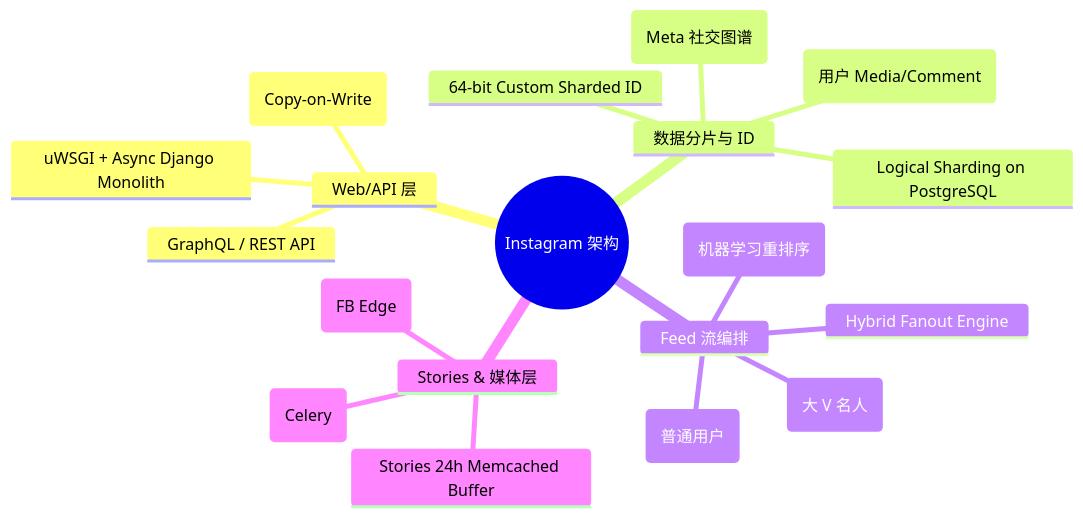
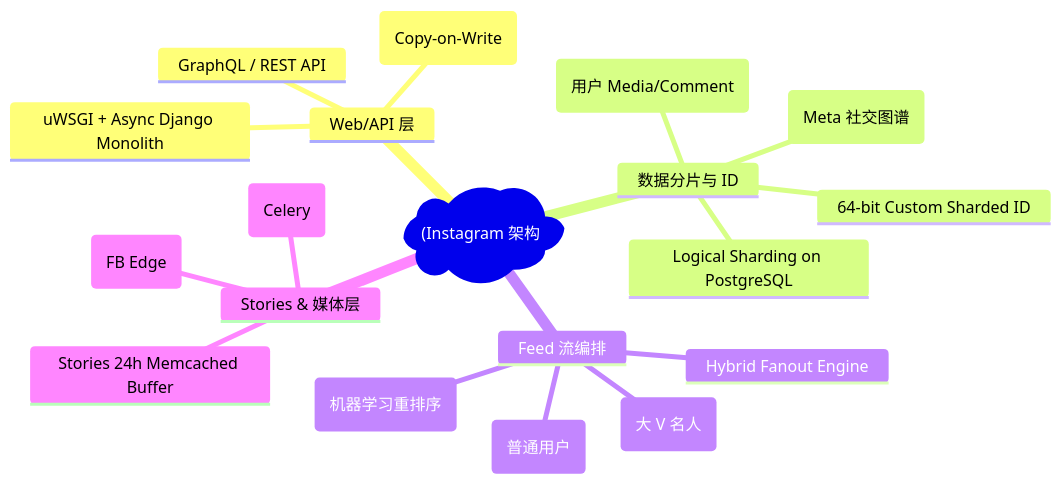
The first of 5 diagrams in docs/atlas/instagram.mdx (koosai/AI-Architect-Learning), drawn with Mermaid before and after one commit. The commit also changed other lines of this file and 187 other files, not shown here.

Commit message:
fix(mermaid): fix all unquoted parens and edge label syntax errors across all docs

````diff
--- a/docs/atlas/instagram.mdx
+++ b/docs/atlas/instagram.mdx
@@ -59,22 +59,22 @@
 ```mermaid
 mindmap
-  root((Instagram 架构))
+  root("(Instagram 架构"))
     Web/API 层
       uWSGI + Async Django Monolith
       Py3 CPython 内存优化 (Copy-on-Write)
       GraphQL / REST API
     数据分片与 ID
       64-bit Custom Sharded ID
       Logical Sharding on PostgreSQL
       Cassandra (用户 Media/Comment)
       TAO (Meta 社交图谱)
     Feed 流编排
       Push Model (普通用户)
       Pull Model (大 V 名人)
       Hybrid Fanout Engine
       Ranker (机器学习重排序)
     Stories & 媒体层
       Stories 24h Memcached Buffer
       CDN 边缘节点 (FB Edge)
       Async Video Transcoding (Celery)
 ```
````
